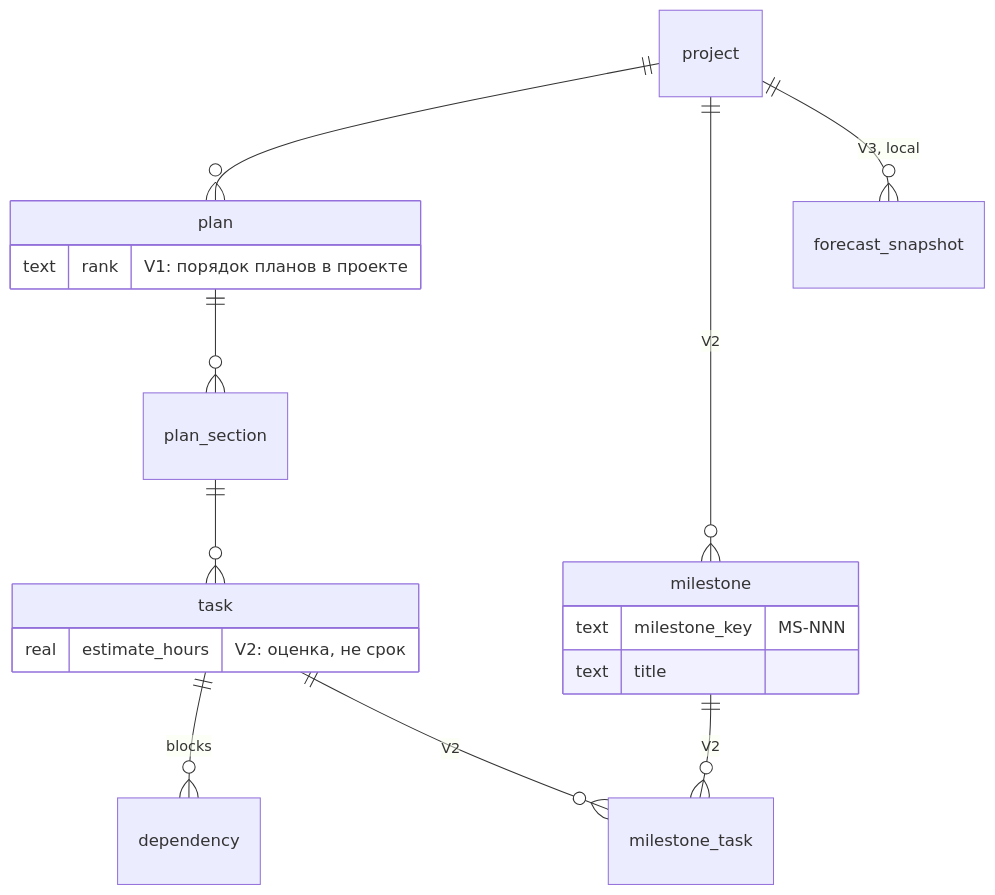
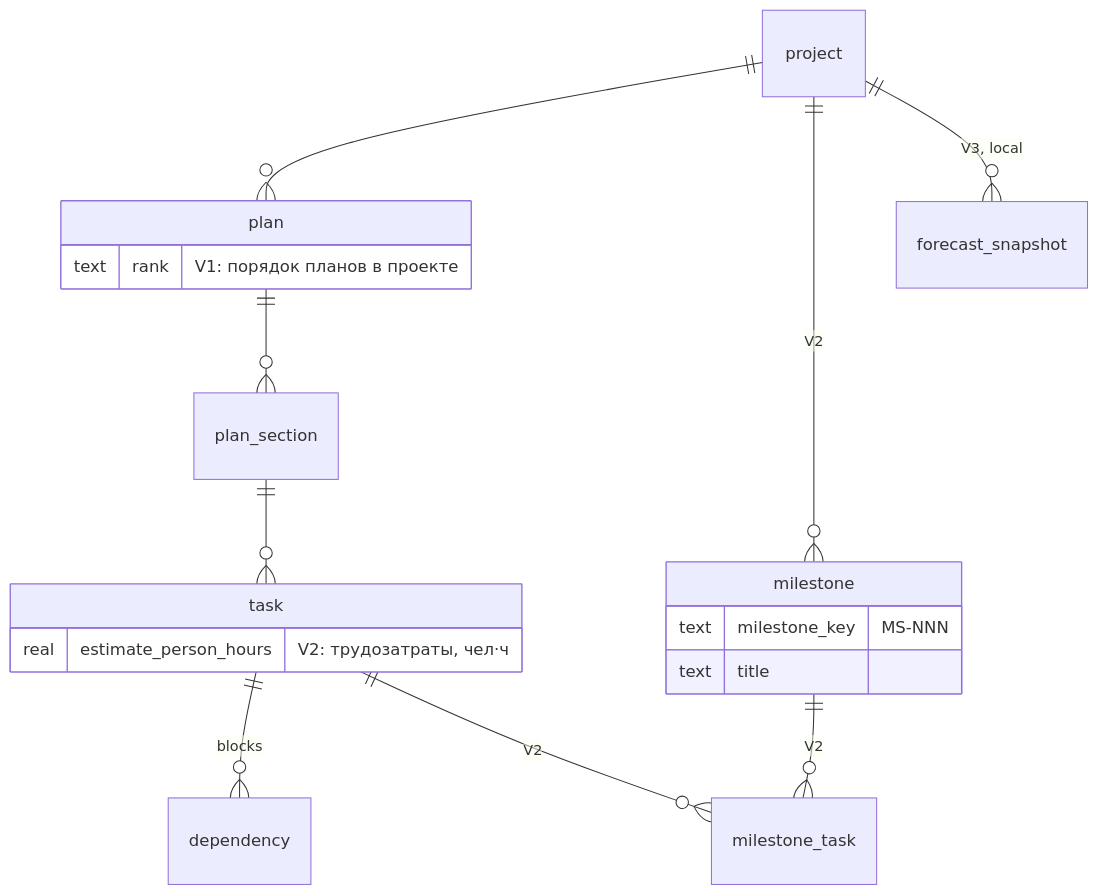
Before and after one commit to Orange-hanter/cod-doc: the diagram in proposals/36-roadmap-planner.md, drawn with Mermaid. The commit also changed other lines of this file, not shown here.

First line of the commit message:
docs(rfc): RFC 36 — оценка в человеко-часах, §3.7 контракты C-01…C-21

````diff
--- a/proposals/36-roadmap-planner.md
+++ b/proposals/36-roadmap-planner.md
@@ -100,21 +100,21 @@
 ```mermaid
 erDiagram
     project ||--o{ plan : ""
     plan ||--o{ plan_section : ""
     plan_section ||--o{ task : ""
     task ||--o{ dependency : "blocks"
     project ||--o{ milestone : "V2"
     milestone ||--o{ milestone_task : "V2"
     task ||--o{ milestone_task : "V2"
     project ||--o{ forecast_snapshot : "V3, local"
     plan {
         text rank "V1: порядок планов в проекте"
     }
     task {
-        real estimate_hours "V2: оценка, не срок"
+        real estimate_person_hours "V2: трудозатраты, чел·ч"
     }
     milestone {
         text milestone_key "MS-NNN"
         text title
     }
 ```
````
